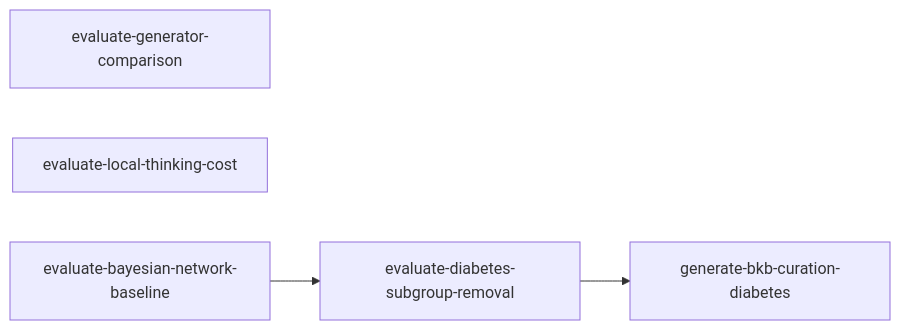
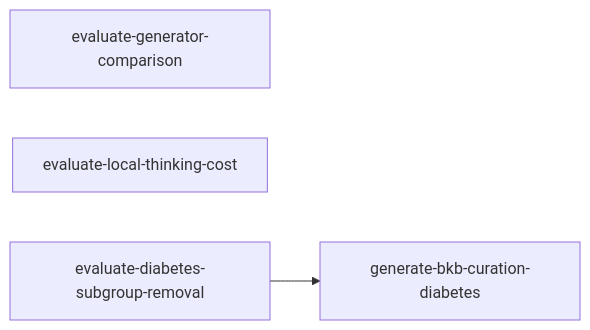
Before and after one commit to joe-dartmouth/synthetic: the diagram in tasks/experiments-index.md, drawn with Mermaid. The commit also changed other lines of this file and 2 other files, not shown here.

Commit message:
Land evaluate-bayesian-network-baseline

````diff
--- a/tasks/experiments-index.md
+++ b/tasks/experiments-index.md
@@ -34,7 +28,6 @@
 ```mermaid
 flowchart LR
     generator_comparison[evaluate-generator-comparison]
     local_thinking[evaluate-local-thinking-cost]
-    bn_baseline[evaluate-bayesian-network-baseline] --> diabetes_removal[evaluate-diabetes-subgroup-removal]
-    diabetes_removal --> bkb_curation_diabetes[generate-bkb-curation-diabetes]
+    diabetes_removal[evaluate-diabetes-subgroup-removal] --> bkb_curation_diabetes[generate-bkb-curation-diabetes]
 ```
````
